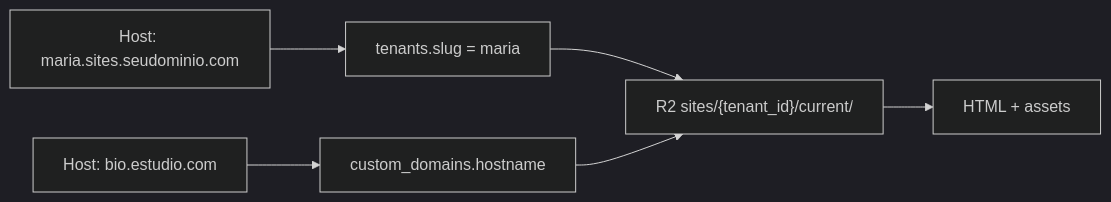
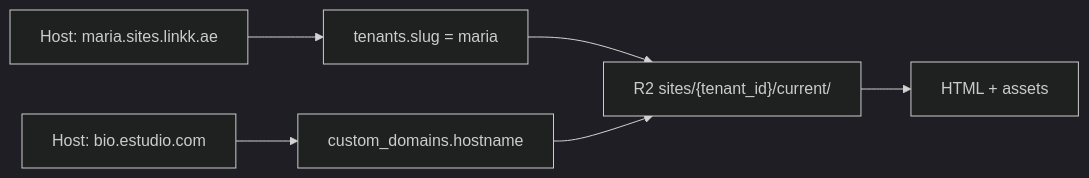
One commit to Jorge-William/link-na-bio changed the third of 5 diagrams in docs/tenants-e-dominios.md. Above: the diagram before and after it, drawn with Mermaid (dark theme). The commit also changed other lines of this file and 59 other files, not shown here.

````diff
--- a/docs/tenants-e-dominios.md
+++ b/docs/tenants-e-dominios.md
@@ -58,8 +67,8 @@
 ```mermaid
 flowchart LR
-  Req["Host: maria.sites.seudominio.com"] --> Lookup[tenants.slug = maria]
+  Req["Host: maria.sites.linkk.ae"] --> Lookup[tenants.slug = maria]
   Req2["Host: bio.estudio.com"] --> Lookup2[custom_domains.hostname]
   Lookup --> Obj["R2 sites/{tenant_id}/current/"]
   Lookup2 --> Obj
   Obj --> Resp[HTML + assets]
 ```
````
